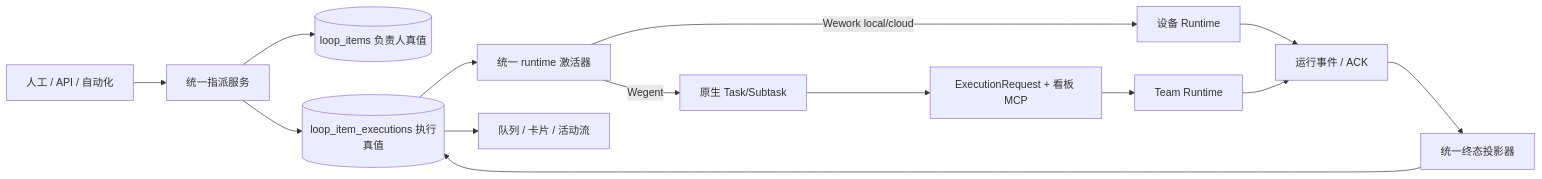
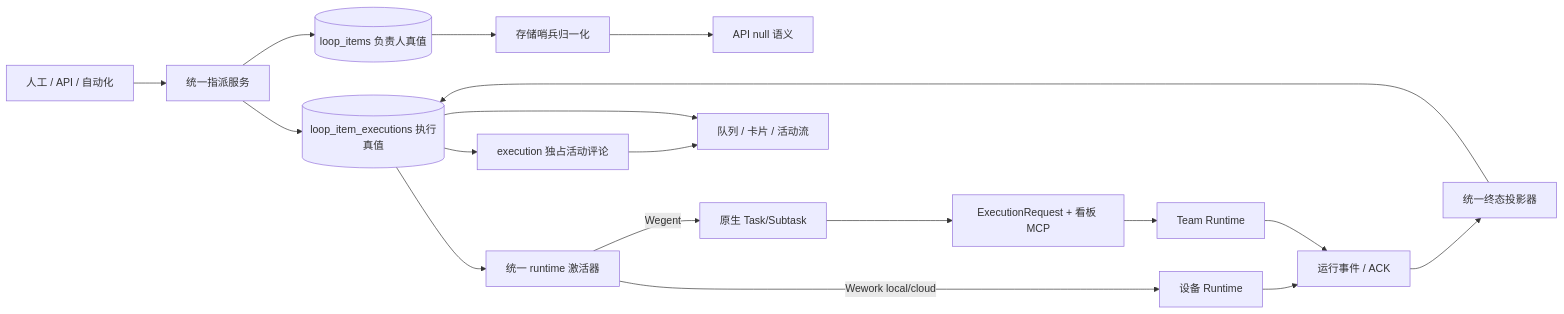
The first of 2 diagrams in i18n/zh/docusaurus-plugin-content-docs/current/architecture/board-automation.md (wecode-ai/wegent-docs), drawn with Mermaid before and after one commit. The commit also changed other lines of this file and 9 other files, not shown here.

````diff
--- a/i18n/zh/docusaurus-plugin-content-docs/current/architecture/board-automation.md
+++ b/i18n/zh/docusaurus-plugin-content-docs/current/architecture/board-automation.md
@@ -9,16 +9,20 @@
 ```mermaid
 flowchart LR
     ENTRY[人工 / API / 自动化] --> ASSIGN[统一指派服务]
     ASSIGN --> ITEM[(loop_items 负责人真值)]
+    ITEM --> NORMALIZE[存储哨兵归一化]
+    NORMALIZE --> API[API null 语义]
     ASSIGN --> EXEC[(loop_item_executions 执行真值)]
+    EXEC --> ACTIVITY[execution 独占活动评论]
     EXEC --> ACTIVATE[统一 runtime 激活器]
     ACTIVATE -->|Wework local/cloud| DEVICE[设备 Runtime]
     ACTIVATE -->|Wegent| TASK[原生 Task/Subtask]
     TASK --> REQUEST[ExecutionRequest + 看板 MCP]
     REQUEST --> TEAM[Team Runtime]
     DEVICE --> EVENT[运行事件 / ACK]
     TEAM --> EVENT
     EVENT --> PROJECT[统一终态投影器]
     PROJECT --> EXEC
-    EXEC --> VIEW[队列 / 卡片 / 活动流]
+    ACTIVITY --> VIEW[队列 / 卡片 / 活动流]
+    EXEC --> VIEW
 ```
````
